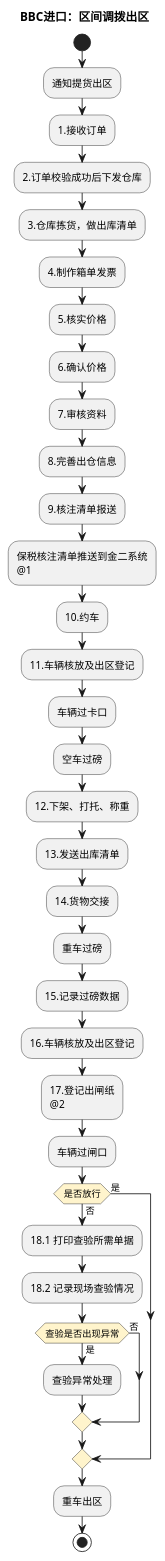
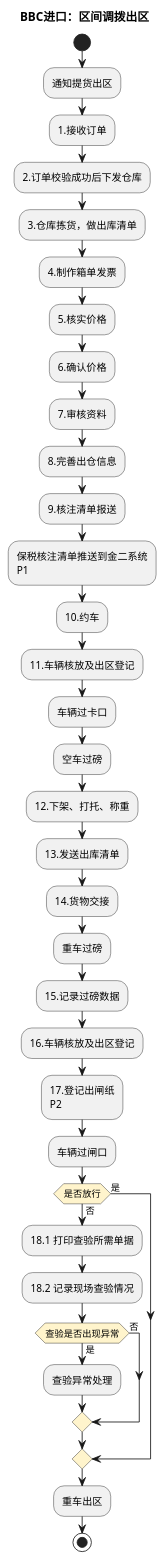
Before and after one commit to jack888332/projects-doc: the first of 12 diagrams in product-caliber/goldjet/segmented-prd/mainflow/PRD.高捷物流系统一期.主流程.06.跨境电商BBC进口详细流程.md, drawn with PlantUML. The commit also changed other lines of this file and 18 other files, not shown here.

Commit message:
优化DSL图细节

````diff
--- a/product-caliber/goldjet/segmented-prd/mainflow/PRD.高捷物流系统一期.主流程.06.跨境电商BBC进口详细流程.md
+++ b/product-caliber/goldjet/segmented-prd/mainflow/PRD.高捷物流系统一期.主流程.06.跨境电商BBC进口详细流程.md
@@ -11,41 +11,41 @@
 ```plantuml
 @startuml
 skinparam activityDiamondBackgroundColor #FFF4CC
 title BBC进口：区间调拨出区
 start
 :通知提货出区;
 :1.接收订单;
 :2.订单校验成功后下发仓库;
 :3.仓库拣货，做出库清单;
 :4.制作箱单发票;
 :5.核实价格;
 :6.确认价格;
 :7.审核资料;
 :8.完善出仓信息;
 :9.核注清单报送;
-:保税核注清单推送到金二系统\n@1;
+:保税核注清单推送到金二系统\nP1;
 :10.约车;
 :11.车辆核放及出区登记;
 :车辆过卡口;
 :空车过磅;
 :12.下架、打托、称重;
 :13.发送出库清单;
 :14.货物交接;
 :重车过磅;
 :15.记录过磅数据;
 :16.车辆核放及出区登记;
-:17.登记出闸纸\n@2;
+:17.登记出闸纸\nP2;
 :车辆过闸口;
 if (是否放行) then (是)
 else (否)
   :18.1 打印查验所需单据;
   :18.2 记录现场查验情况;
   if (查验是否出现异常) then (是)
     :查验异常处理;
   else (否)
   endif
 endif
 :重车出区;
 stop
 @enduml
 ```
````
